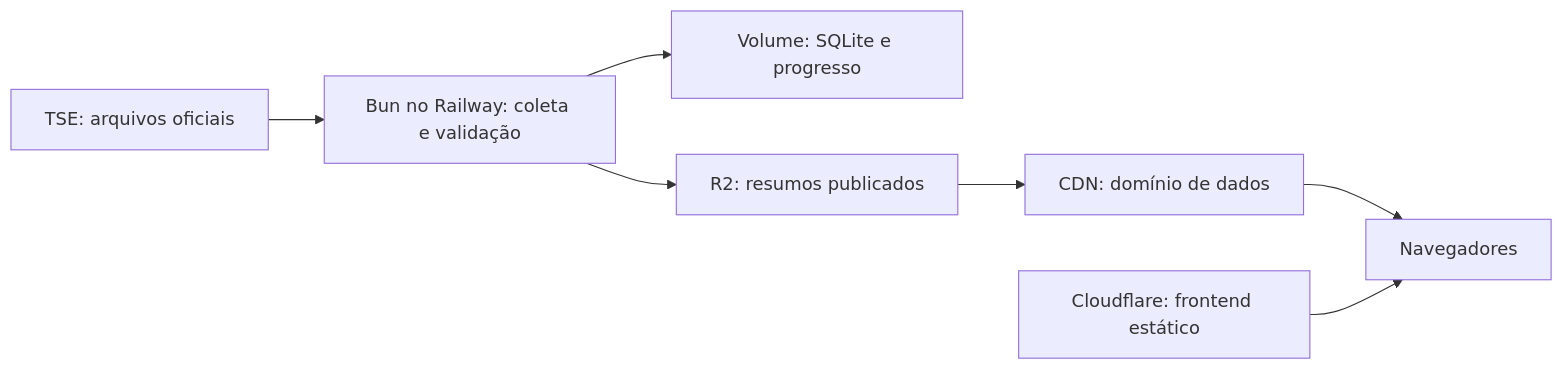
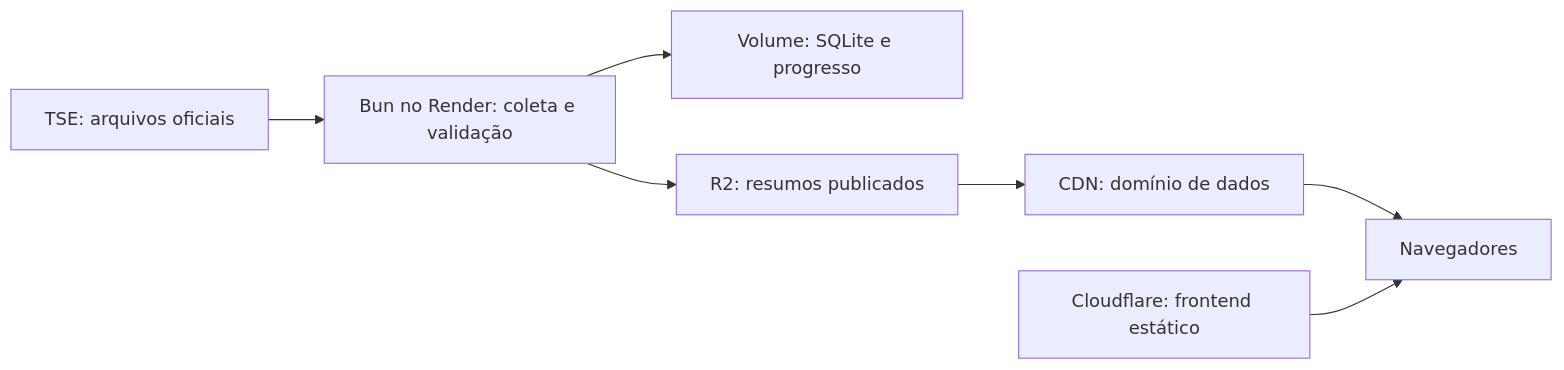
Before and after one commit to walysonfelipe/apuracao-presidenciaveis: the diagram in docs/arquitetura-dados.md, drawn with Mermaid. The commit also changed other lines of this file and 10 other files, not shown here.

Commit message:
feat: migrate deployment from Railway to Render and update related configurations

````diff
--- a/docs/arquitetura-dados.md
+++ b/docs/arquitetura-dados.md
@@ -23,9 +23,9 @@
 ```mermaid
 flowchart LR
-  T[TSE: arquivos oficiais] --> B[Bun no Railway: coleta e validação]
+  T[TSE: arquivos oficiais] --> B[Bun no Render: coleta e validação]
   B --> V[Volume: SQLite e progresso]
   B --> R[R2: resumos publicados]
   R --> C[CDN: domínio de dados]
   C --> N[Navegadores]
   F[Cloudflare: frontend estático] --> N
 ```
````
